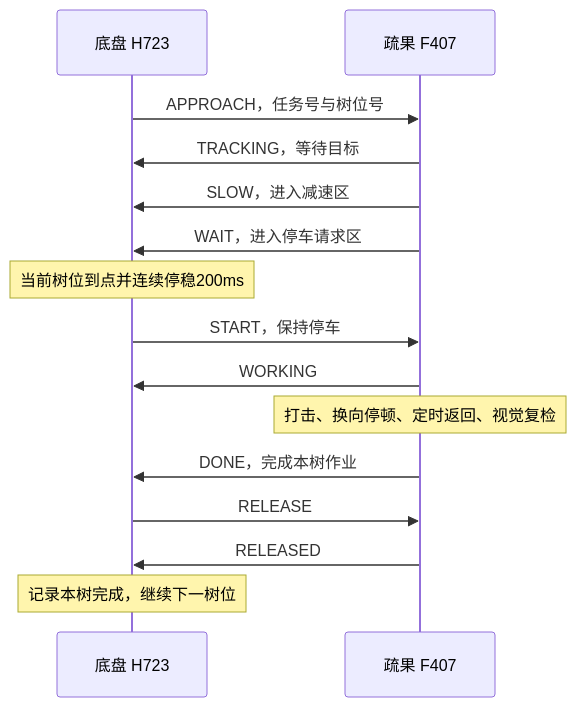
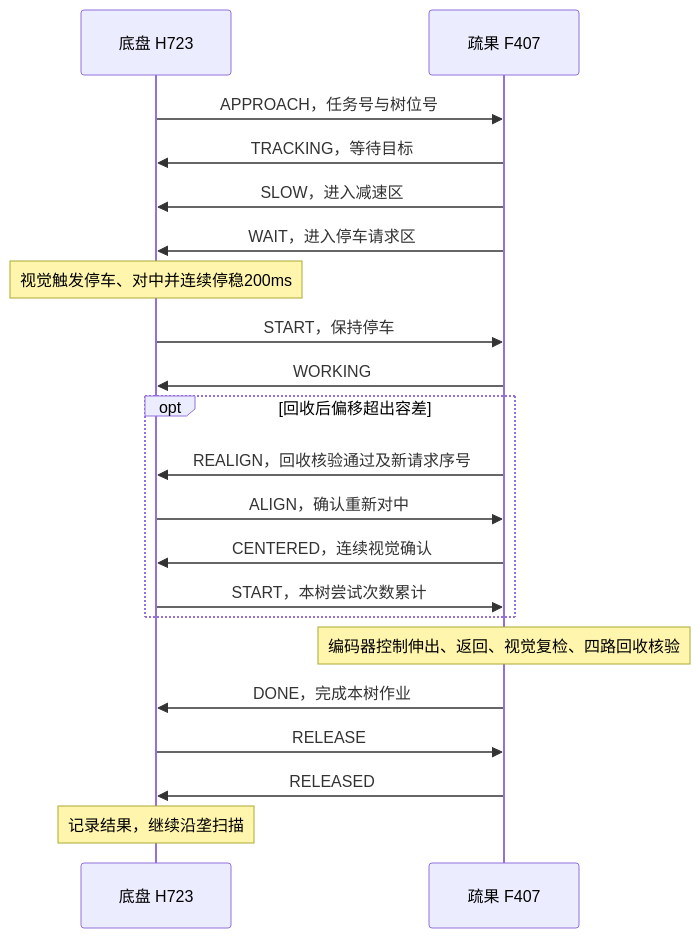
One commit to water-freemind/Mango-Swerve-Firmware changed the diagram in docs/CAN_WORK_DEBUG.md. Above: the diagram before and after it, drawn with Mermaid. The commit also changed other lines of this file and 34 other files, not shown here.

````diff
--- a/docs/CAN_WORK_DEBUG.md
+++ b/docs/CAN_WORK_DEBUG.md
@@ -32,17 +34,23 @@
 ```mermaid
 sequenceDiagram
     participant C as 底盘 H723
     participant E as 疏果 F407
     C->>E: APPROACH，任务号与树位号
     E->>C: TRACKING，等待目标
     E->>C: SLOW，进入减速区
     E->>C: WAIT，进入停车请求区
-    Note over C: 当前树位到点并连续停稳200ms
+    Note over C: 视觉触发停车、对中并连续停稳200ms
     C->>E: START，保持停车
     E->>C: WORKING
-    Note over E: 打击、换向停顿、定时返回、视觉复检
+    opt 回收后偏移超出容差
+        E->>C: REALIGN，回收核验通过及新请求序号
+        C->>E: ALIGN，确认重新对中
+        E->>C: CENTERED，连续视觉确认
+        C->>E: START，本树尝试次数累计
+    end
+    Note over E: 编码器控制伸出、返回、视觉复检、四路回收核验
     E->>C: DONE，完成本树作业
     C->>E: RELEASE
     E->>C: RELEASED
-    Note over C: 记录本树完成，继续下一树位
+    Note over C: 记录结果，继续沿垄扫描
 ```
````
